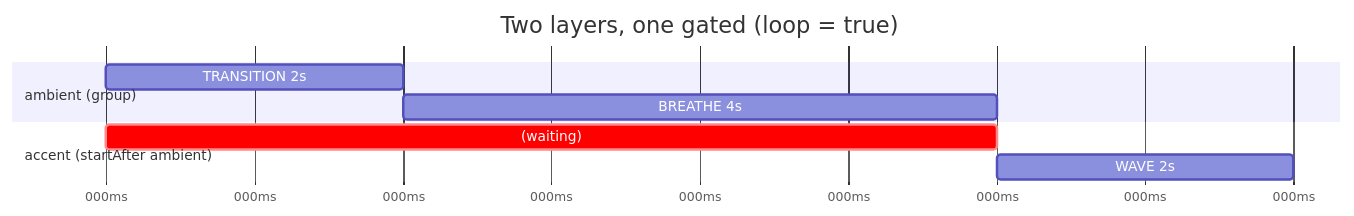
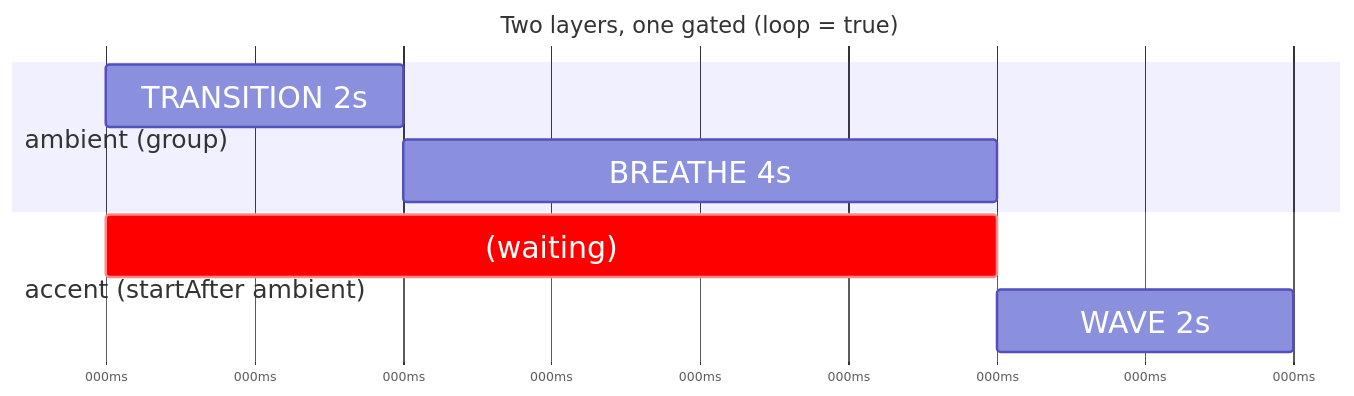
Before and after one commit to przemczan/lightnet-firmware: the second of 2 diagrams in docs/animations/scene-authoring.md, drawn with Mermaid. The commit also changed other lines of this file and 7 other files, not shown here.

````diff
--- a/docs/animations/scene-authoring.md
+++ b/docs/animations/scene-authoring.md
@@ -111,12 +111,20 @@
 ```mermaid
+---
+config:
+  gantt:
+    barHeight: 50
+    barGap: 10
+    fontSize: 24
+    sectionFontSize: 20
+---
 gantt
   title Two layers, one gated (loop = true)
   dateFormat x
   axisFormat %Lms
   section ambient (group)
   TRANSITION 2s   :0, 2000
   BREATHE 4s      :2000, 6000
   section accent (startAfter ambient)
   (waiting)       :crit, 0, 6000
   WAVE 2s         :6000, 8000
 ```
````
